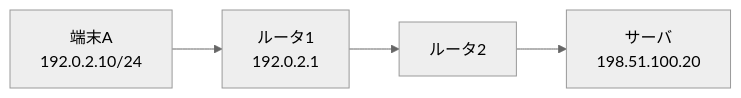
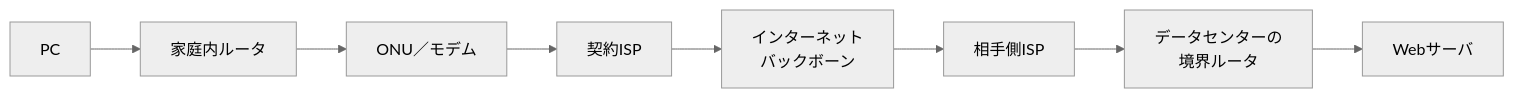
One commit to u27947ffd7j678Organization/network-security-textbook changed the diagram in 本文/第2部_IPネットワークの基礎/第05章_ルーティング.md. Above: the diagram before and after it, drawn with Mermaid (neutral theme). The commit also changed other lines of this file, not shown here.

````diff
--- a/本文/第2部_IPネットワークの基礎/第05章_ルーティング.md
+++ b/本文/第2部_IPネットワークの基礎/第05章_ルーティング.md
@@ -54,8 +56,12 @@
 ```mermaid
 flowchart LR
-    A["端末A<br/>192.0.2.10/24"]
-    R1["ルータ1<br/>192.0.2.1"]
-    R2["ルータ2"]
-    B["サーバ<br/>198.51.100.20"]
-    A --> R1 --> R2 --> B
+    PC["PC"]
+    HR["家庭内ルータ"]
+    ONU["ONU／モデム"]
+    ISP1["契約ISP"]
+    BB["インターネット<br/>バックボーン"]
+    ISP2["相手側ISP"]
+    DC["データセンターの<br/>境界ルータ"]
+    WEB["Webサーバ"]
+    PC --> HR --> ONU --> ISP1 --> BB --> ISP2 --> DC --> WEB
 ```
````
